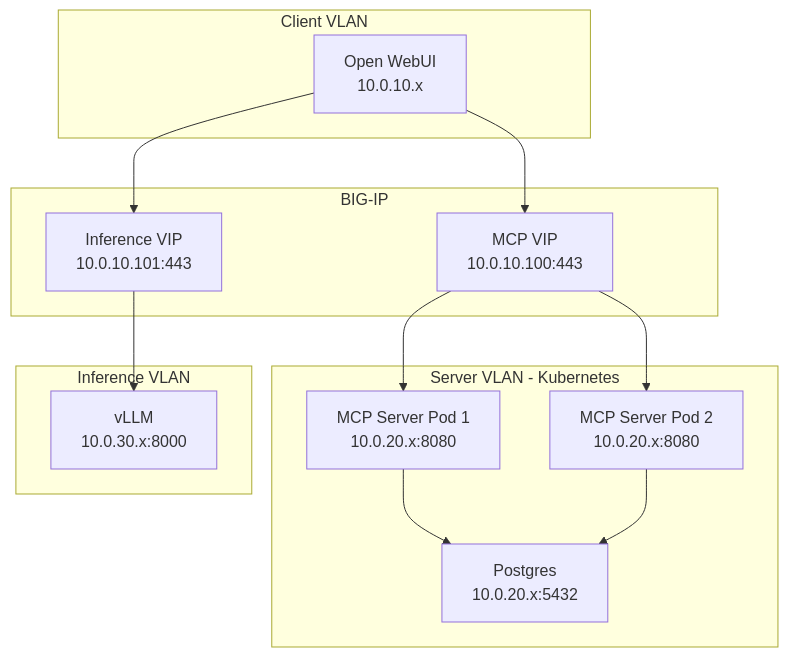
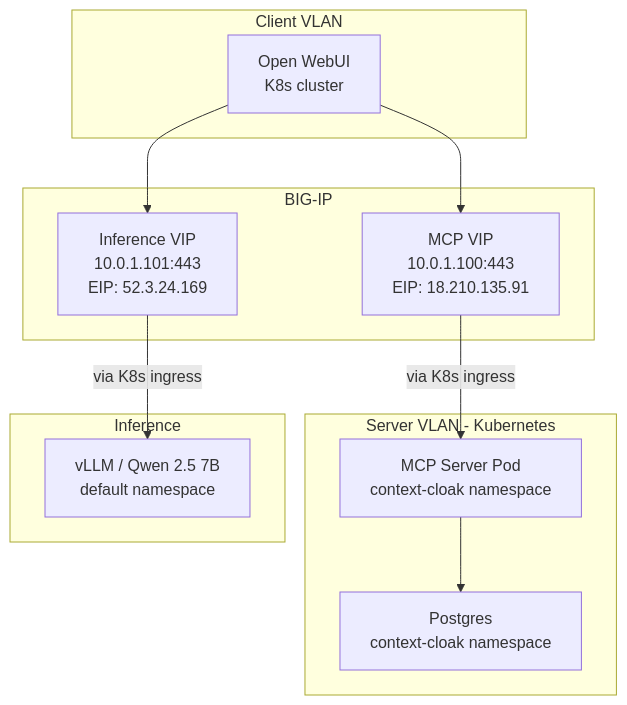
Before and after one commit to j2rsolutions/f5_mcp_context_cloak: the second of 2 diagrams in docs/architecture.md, drawn with Mermaid. The commit also changed other lines of this file and 22 other files, not shown here.

````diff
--- a/docs/architecture.md
+++ b/docs/architecture.md
@@ -99,29 +189,26 @@
 ```mermaid
 graph TB
     subgraph Client VLAN
-        OW[Open WebUI<br/>10.0.10.x]
+        OW[Open WebUI<br/>K8s cluster]
     end
 
     subgraph BIG-IP
-        MCP_VIP["MCP VIP<br/>10.0.10.100:443"]
-        INF_VIP["Inference VIP<br/>10.0.10.101:443"]
+        MCP_VIP["MCP VIP<br/>10.0.1.100:443<br/>EIP: 18.210.135.91"]
+        INF_VIP["Inference VIP<br/>10.0.1.101:443<br/>EIP: 52.3.24.169"]
     end
 
     subgraph Server VLAN - Kubernetes
-        MCP1[MCP Server Pod 1<br/>10.0.20.x:8080]
-        MCP2[MCP Server Pod 2<br/>10.0.20.x:8080]
-        PG[Postgres<br/>10.0.20.x:5432]
+        MCP1[MCP Server Pod<br/>context-cloak namespace]
+        PG[Postgres<br/>context-cloak namespace]
     end
 
-    subgraph Inference VLAN
-        VLLM[vLLM<br/>10.0.30.x:8000]
+    subgraph Inference
+        VLLM[vLLM / Qwen 2.5 7B<br/>default namespace]
     end
 
     OW --> MCP_VIP
     OW --> INF_VIP
-    MCP_VIP --> MCP1
-    MCP_VIP --> MCP2
+    MCP_VIP -->|via K8s ingress| MCP1
     MCP1 --> PG
-    MCP2 --> PG
-    INF_VIP --> VLLM
+    INF_VIP -->|via K8s ingress| VLLM
 ```
````
